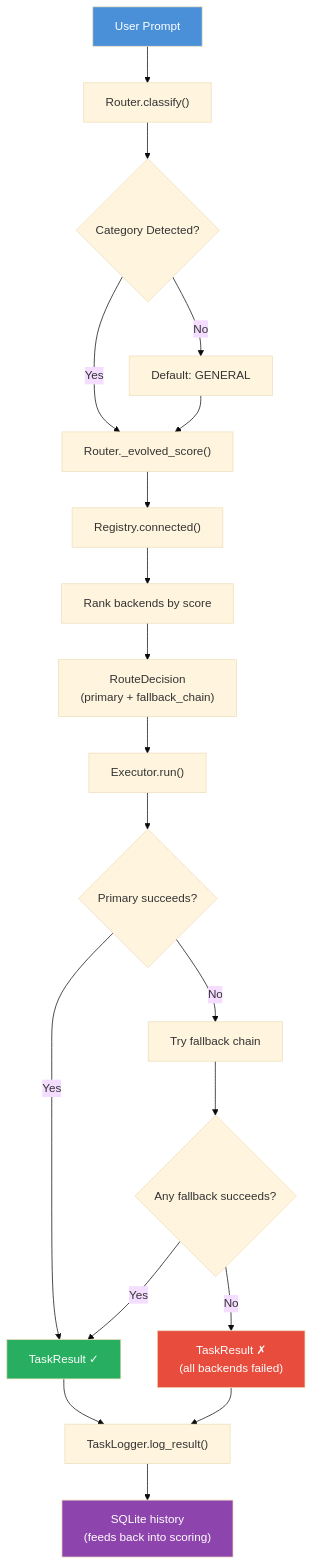
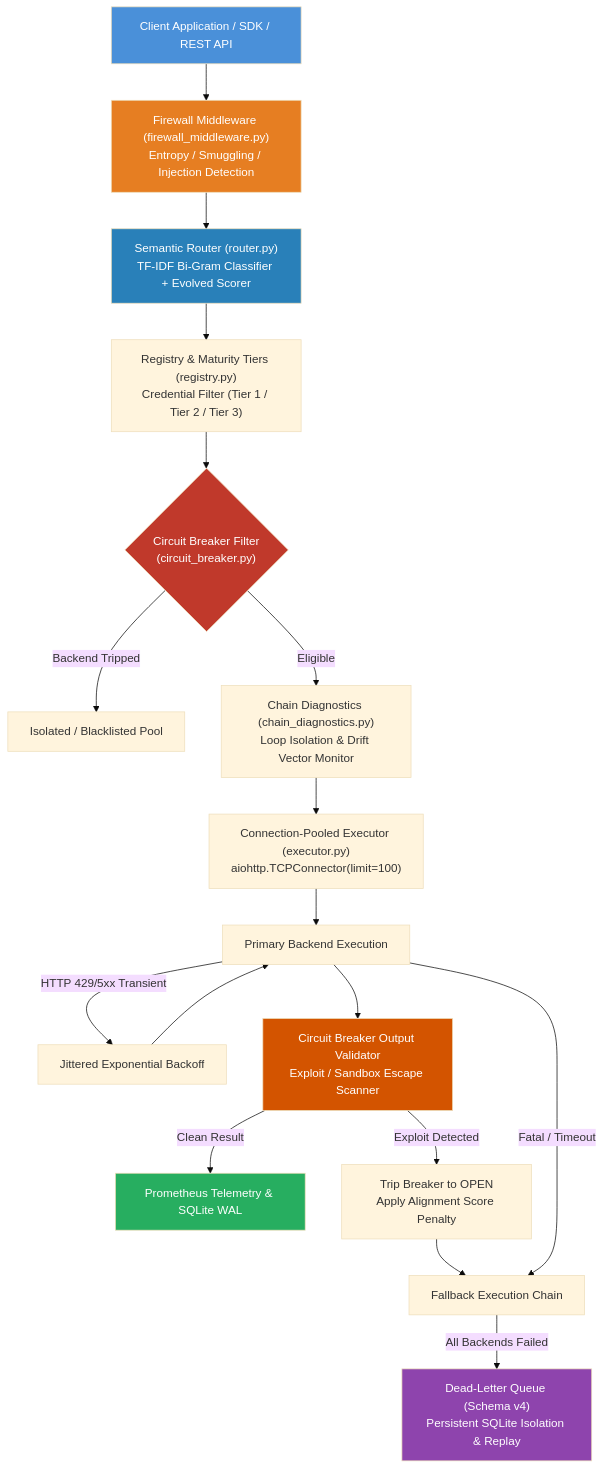
The first of 4 diagrams in ARCHITECTURE.md (pradeepkumar-ai-byte/LEADER), drawn with Mermaid (base theme) before and after one commit. The commit also changed other lines of this file and 20 other files, not shown here.

Commit message:
feat(enterprise): add adapter maturity tiers, connection pooling, Prometheus telemetry, Dead-Letter Queue (schema v4), and 211+ tests

````diff
--- a/ARCHITECTURE.md
+++ b/ARCHITECTURE.md
@@ -16,26 +13,35 @@
 ```mermaid
 flowchart TD
-    A["User Prompt"] --> B["Router.classify()"]
-    B --> C{"Category Detected?"}
-    C -->|Yes| D["Router._evolved_score()"]
-    C -->|No| E["Default: GENERAL"]
-    E --> D
-    D --> F["Registry.connected()"]
-    F --> G["Rank backends by score"]
-    G --> H["RouteDecision\n(primary + fallback_chain)"]
-    H --> I["Executor.run()"]
-    I --> J{"Primary succeeds?"}
-    J -->|Yes| K["TaskResult ✓"]
-    J -->|No| L["Try fallback chain"]
-    L --> M{"Any fallback succeeds?"}
-    M -->|Yes| K
-    M -->|No| N["TaskResult ✗\n(all backends failed)"]
-    K --> O["TaskLogger.log_result()"]
-    N --> O
-    O --> P["SQLite history\n(feeds back into scoring)"]
+    User["Client Application / SDK / REST API"] --> FW["Firewall Middleware (firewall_middleware.py)\nEntropy / Smuggling / Injection Detection"]
+    
+    FW --> Router["Semantic Router (router.py)\nTF-IDF Bi-Gram Classifier + Evolved Scorer"]
+    
+    Router --> Registry["Registry & Maturity Tiers (registry.py)\nCredential Filter (Tier 1 / Tier 2 / Tier 3)"]
+    
+    Registry --> BreakerCheck{"Circuit Breaker Filter\n(circuit_breaker.py)"}
+    BreakerCheck -->|Backend Tripped| Isolated["Isolated / Blacklisted Pool"]
+    BreakerCheck -->|Eligible| ChainMonitor["Chain Diagnostics (chain_diagnostics.py)\nLoop Isolation & Drift Vector Monitor"]
+    
+    ChainMonitor --> Dispatcher["Connection-Pooled Executor (executor.py)\naiohttp.TCPConnector(limit=100)"]
+    
+    Dispatcher --> Primary["Primary Backend Execution"]
+    Primary -->|HTTP 429/5xx Transient| RetryBackoff["Jittered Exponential Backoff"]
+    RetryBackoff --> Primary
+    
+    Primary --> CBValidator["Circuit Breaker Output Validator\nExploit / Sandbox Escape Scanner"]
+    
+    CBValidator -->|Clean Result| SuccessHandler["Prometheus Telemetry & SQLite WAL"]
+    CBValidator -->|Exploit Detected| TripBreaker["Trip Breaker to OPEN\nApply Alignment Score Penalty"]
+    TripBreaker --> FallbackChain["Fallback Execution Chain"]
+    
+    Primary -->|Fatal / Timeout| FallbackChain
+    FallbackChain -->|All Backends Failed| DLQ["Dead-Letter Queue (Schema v4)\nPersistent SQLite Isolation & Replay"]
 
-    style A fill:#4A90D9,color:#fff
-    style K fill:#27AE60,color:#fff
-    style N fill:#E74C3C,color:#fff
-    style P fill:#8E44AD,color:#fff
+    style User fill:#4A90D9,color:#fff
+    style FW fill:#E67E22,color:#fff
+    style Router fill:#2980B9,color:#fff
+    style BreakerCheck fill:#C0392B,color:#fff
+    style CBValidator fill:#D35400,color:#fff
+    style SuccessHandler fill:#27AE60,color:#fff
+    style DLQ fill:#8E44AD,color:#fff
 ```
````
